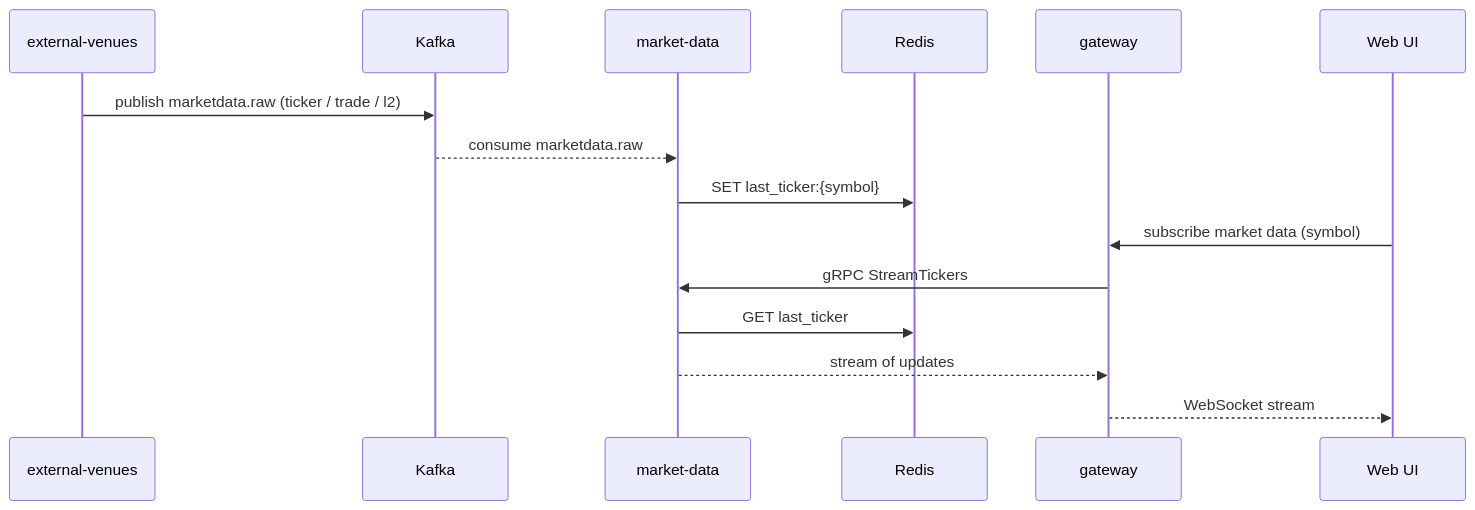
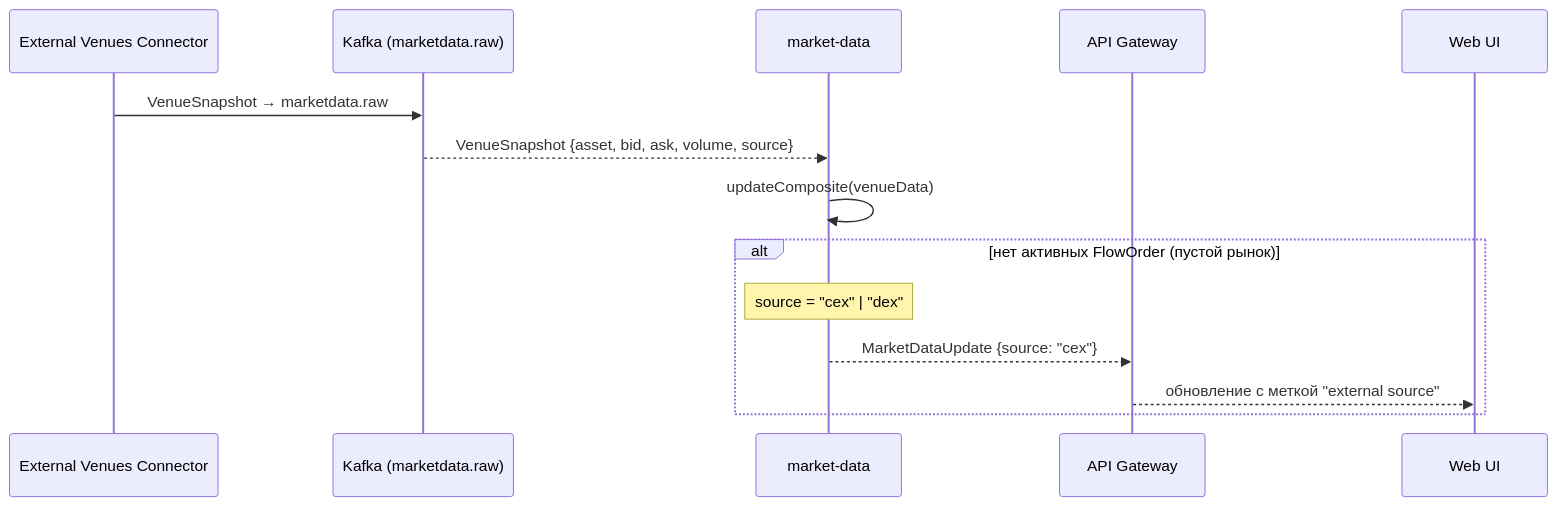
The fourth of 5 diagrams in docs/05-components/sequences/SEQ-F05-UC-F05-01-services.md (kkpiftankin-tech/cont_exchange_v2), drawn with Mermaid before and after one commit. The commit also changed other lines of this file and 53 other files, not shown here.

First line of the commit message:
feat(F-05): live market data end-to-end + fixes (depth, BBO key, WS, ref-prices, CH throttle, FillEvent, curve cache)

````diff
--- a/docs/05-components/sequences/SEQ-F05-UC-F05-01-services.md
+++ b/docs/05-components/sequences/SEQ-F05-UC-F05-01-services.md
@@ -26,19 +89,17 @@
 ```mermaid
 sequenceDiagram
-    participant V as external-venues
-    participant K as Kafka
-    participant MD as market-data
-    participant R as Redis
-    participant GW as gateway
+    participant EV as External Venues Connector
+    participant K as Kafka (marketdata.raw)
+    participant MDS as market-data
+    participant GW as API Gateway
     participant UI as Web UI
 
-    V->>K: publish marketdata.raw (ticker / trade / l2)
-    K-->>MD: consume marketdata.raw
-    MD->>R: SET last_ticker:{symbol}
-
-    UI->>GW: subscribe market data (symbol)
-    GW->>MD: gRPC StreamTickers
-    MD->>R: GET last_ticker
-    MD-->>GW: stream of updates
-    GW-->>UI: WebSocket stream
+    EV->>K: VenueSnapshot → marketdata.raw
+    K-->>MDS: VenueSnapshot {asset, bid, ask, volume, source}
+    MDS->>MDS: updateComposite(venueData)
+    alt нет активных FlowOrder (пустой рынок)
+        Note over MDS: source = "cex" | "dex"
+        MDS-->>GW: MarketDataUpdate {source: "cex"}
+        GW-->>UI: обновление с меткой "external source"
+    end
 ```
````
